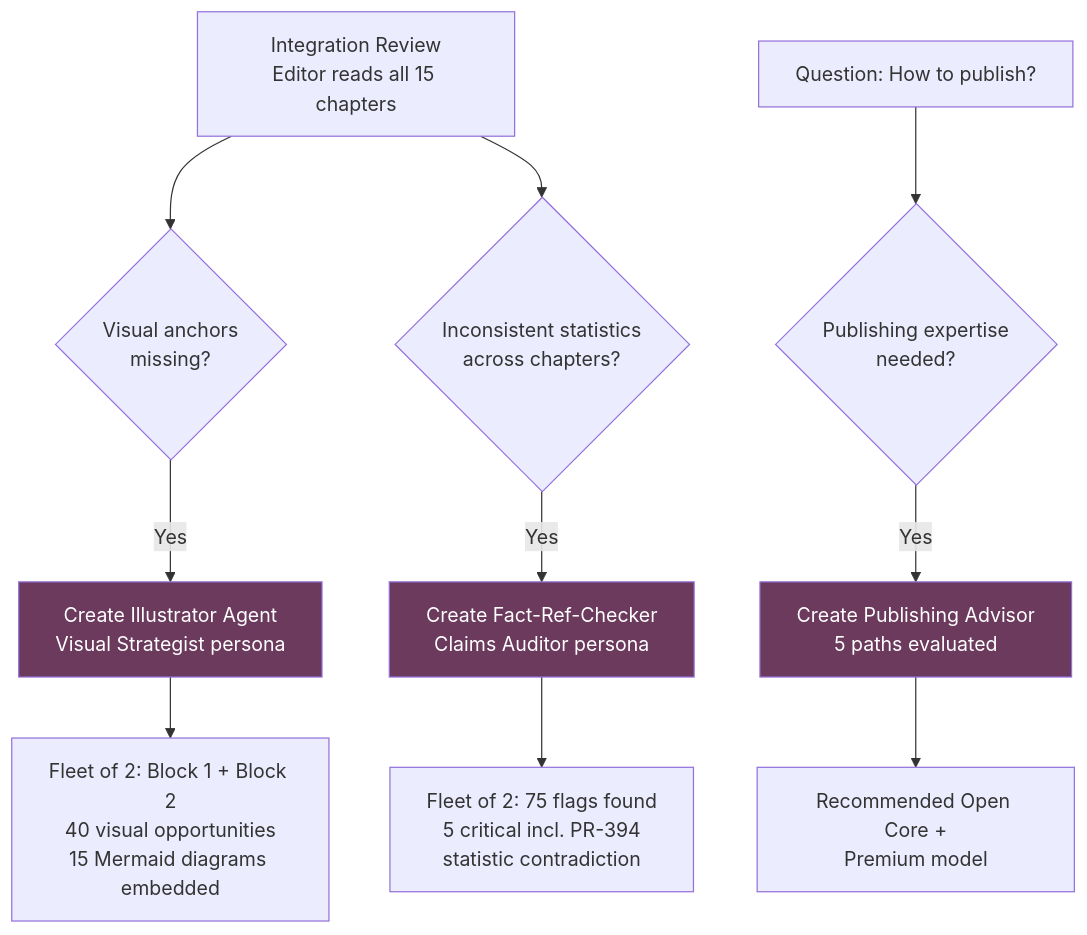
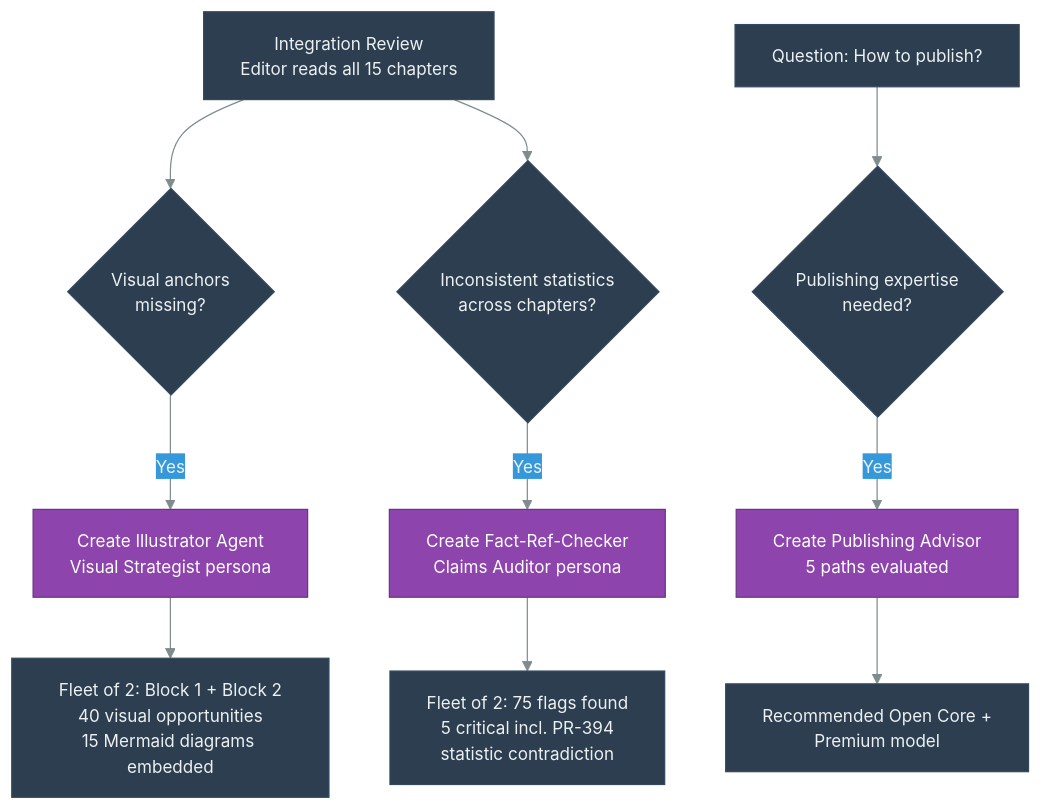
Before and after one commit to danielmeppiel/agentic-sdlc-handbook: the fourth of 4 diagrams in case-study-handbook-writing.qmd, drawn with Mermaid. The commit also changed other lines of this file and 20 other files, not shown here.

First line of the commit message:
feat: add accessibility metadata and consistent theme to all 35 diagrams

````diff
--- a/case-study-handbook-writing.qmd
+++ b/case-study-handbook-writing.qmd
@@ -163,19 +179,23 @@
 ```{mermaid}
 %%| fig-width: 4.5
+%%| fig-cap: "Dynamic persona creation in response to process gaps"
+%%| fig-alt: "Flowchart showing three process gaps that triggered dynamic persona creation. First path: Integration Review where editor reads all 15 chapters leads to a decision node asking if visual anchors are missing. Yes leads to creating the Illustrator Agent (Visual Strategist persona), which produces a fleet of 2 agents finding 40 visual opportunities and embedding 15 Mermaid diagrams. Second path: Integration Review leads to a decision node asking if inconsistent statistics exist across chapters. Yes leads to creating the Fact-Ref-Checker (Claims Auditor persona), which produces a fleet of 2 agents finding 75 flags including 5 critical ones. Third path: The question 'How to publish?' leads to a decision node asking if publishing expertise is needed. Yes leads to creating the Publishing Advisor, which evaluates 5 paths and recommends Open Core plus Premium model."
+%%| label: fig-cs-dynamic-personas
+%%{init: {'theme': 'base', 'themeVariables': {'primaryColor': '#2c3e50', 'primaryTextColor': '#ecf0f1', 'primaryBorderColor': '#34495e', 'lineColor': '#7f8c8d', 'secondaryColor': '#3498db', 'tertiaryColor': '#ecf0f1', 'fontSize': '14px'}}}%%
 flowchart TD
     A[Integration Review<br/>Editor reads all 15 chapters] --> B{Visual anchors<br/>missing?}
     B -->|Yes| C[Create Illustrator Agent<br/>Visual Strategist persona]
     C --> D[Fleet of 2: Block 1 + Block 2<br/>40 visual opportunities<br/>15 Mermaid diagrams embedded]
 
     A --> E{Inconsistent statistics<br/>across chapters?}
     E -->|Yes| F[Create Fact-Ref-Checker<br/>Claims Auditor persona]
     F --> G[Fleet of 2: 75 flags found<br/>5 critical incl. PR-394<br/>statistic contradiction]
 
     H[Question: How to publish?] --> I{Publishing expertise<br/>needed?}
     I -->|Yes| J[Create Publishing Advisor<br/>5 paths evaluated]
     J --> K[Recommended Open Core +<br/>Premium model]
 
-    style C fill:#6b3a5c,color:#fff
-    style F fill:#6b3a5c,color:#fff
-    style J fill:#6b3a5c,color:#fff
+    style C fill:#8e44ad,stroke:#6c3483,color:#fff
+    style F fill:#8e44ad,stroke:#6c3483,color:#fff
+    style J fill:#8e44ad,stroke:#6c3483,color:#fff
 ```
````
